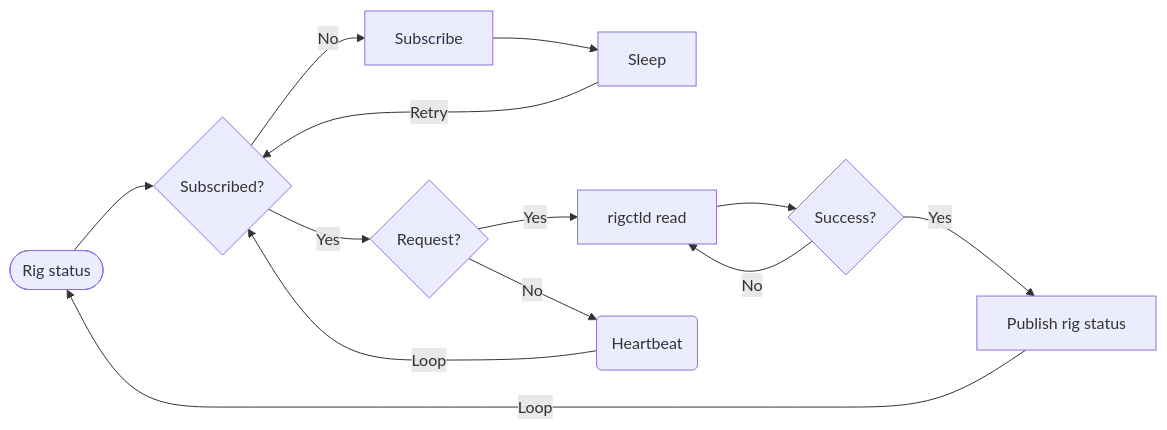
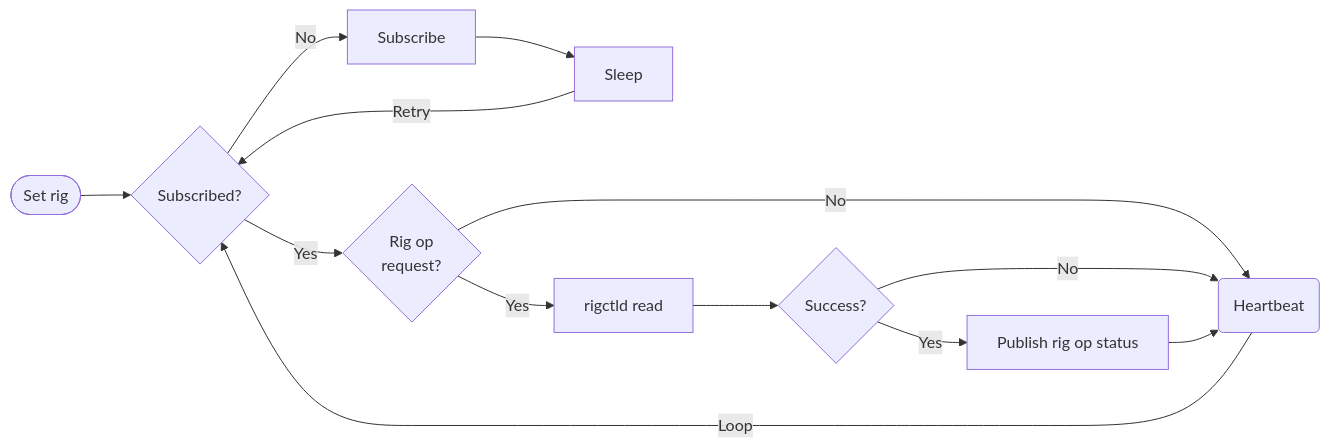
The second of 6 diagrams in doc/workflows.md (ckuhtz/ham), drawn with Mermaid before and after one commit. The commit also changed other lines of this file, not shown here.

````diff
--- a/doc/workflows.md
+++ b/doc/workflows.md
@@ -57,16 +92,17 @@
 ```mermaid
 flowchart LR;
-    Start([Rig status]);
+    Start([Set rig]);
+    Request0{Rig op<br>request?}
     Start --> Subscribed0{Subscribed?};
-    Subscribed0 -->|Yes| Request0{Request?};
+    Subscribed0 -->|Yes| Request0;
     Subscribed0 -->|No| Subscribed1[Subscribe];
     Subscribed1 --> Sleep0[Sleep];
-    Request0 -->|Yes| Read0[rigctld read];
+    Request0 -->|No| Heartbeat0(Heartbeat);
+    Request0 -->|Yes| Write0[rigctld read];
     Sleep0 -->|Retry| Subscribed0;
-    Request0 -->|No| Heartbeat0(Heartbeat);
+    Write0 --> Write1{Success?};
+    Write1 -->|Yes| Publish0[Publish rig op status];
+    Write1 -->|No| Heartbeat0;
+    Publish0 --> Heartbeat0
     Heartbeat0 -->|Loop| Subscribed0;
-    Read0 --> Read1{Success?};
-    Read1 -->|Yes| Publish0[Publish rig status];
-    Read1 -->|No| Read0;
-    Publish0 -->|Loop| Start;    
 ```
````
